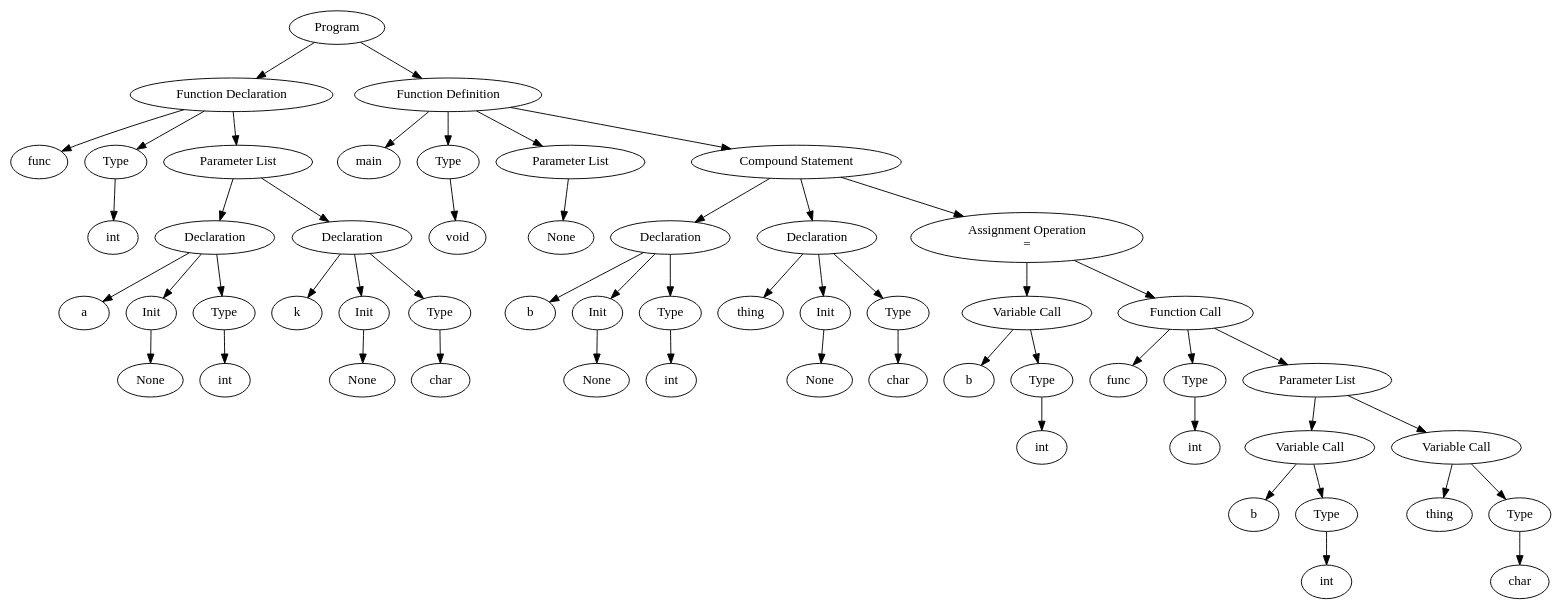
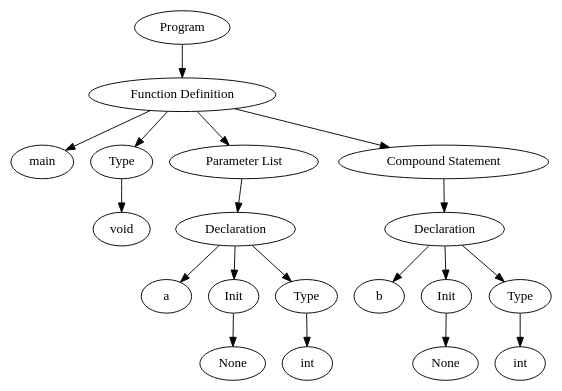
Before and after one commit to ChaseCarthen/CS660-Compiler-Construction: the diagram in graph.dot, drawn with Graphviz. The commit also changed 12 other files, not shown here.

```diff
--- a/graph.dot
+++ b/graph.dot
@@ -1,32 +1,12 @@
 digraph parse_tree {
-{gv100000[label="Program"]}->{gv100016[label="Function Declaration"]}{gv100016[label="Function Declaration"]}->{gv100017[label="func"] gv100001[label="Type"] gv100003[label="Parameter List"]};
-{gv100001[label="Type"]}->{gv100002[label="int"]};
-{gv100003[label="Parameter List"]}->{{gv100005[label="Declaration"]}{gv100011[label="Declaration"]}};
+{gv100000[label="Program"]}->{gv100017[label="Function Definition"]}{gv100017[label="Function Definition"]}->{gv100018[label="main"] gv100001[label="Type"] gv100003[label="Parameter List"] gv100010[label="Compound Statement"]};
+{gv100001[label="Type"]}->{gv100002[label="void"]};
+{gv100003[label="Parameter List"]}->{{gv100005[label="Declaration"]}};
 {gv100005[label="Declaration"]}->{gv100008[label="a"] gv100004[label="Init"] gv100006[label="Type"]};
 {gv100004[label="Init"]}->{gv100009[label="None"]};
 {gv100006[label="Type"]}->{gv100007[label="int"]};
-{gv100011[label="Declaration"]}->{gv100014[label="k"] gv100010[label="Init"] gv100012[label="Type"]};
-{gv100010[label="Init"]}->{gv100015[label="None"]};
-{gv100012[label="Type"]}->{gv100013[label="char"]};
-{gv100000[label="Program"]}->{gv100053[label="Function Definition"]}{gv100053[label="Function Definition"]}->{gv100054[label="main"] gv100018[label="Type"] gv100020[label="Parameter List"] gv100022[label="Compound Statement"]};
-{gv100018[label="Type"]}->{gv100019[label="void"]};
-{gv100020[label="Parameter List"]}->{gv100021[label="None"]};
-{gv100022[label="Compound Statement"]}->{{gv100024[label="Declaration"]} {gv100030[label="Declaration"]} gv100035[label="Assignment Operation
-="]};
-{gv100024[label="Declaration"]}->{gv100027[label="b"] gv100023[label="Init"] gv100025[label="Type"]};
-{gv100023[label="Init"]}->{gv100028[label="None"]};
-{gv100025[label="Type"]}->{gv100026[label="int"]};
-{gv100030[label="Declaration"]}->{gv100033[label="thing"] gv100029[label="Init"] gv100031[label="Type"]};
-{gv100029[label="Init"]}->{gv100034[label="None"]};
-{gv100031[label="Type"]}->{gv100032[label="char"]};
-{gv100035[label="Assignment Operation
-="]}->{gv100036[label="Variable Call"] gv100051[label="Function Call"]}{gv100036[label="Variable Call"]}->{gv100037[label="b"] gv100038[label="Type"]};
-{gv100038[label="Type"]}->{gv100039[label="int"]};
-{gv100051[label="Function Call"]}->{gv100052[label="func"] gv100040[label="Type"] gv100042[label="Parameter List"]};
-{gv100040[label="Type"]}->{gv100041[label="int"]};
-{gv100042[label="Parameter List"]}->{gv100043[label="Variable Call"]gv100047[label="Variable Call"]};
-{gv100043[label="Variable Call"]}->{gv100044[label="b"] gv100045[label="Type"]};
-{gv100045[label="Type"]}->{gv100046[label="int"]};
-{gv100047[label="Variable Call"]}->{gv100048[label="thing"] gv100049[label="Type"]};
-{gv100049[label="Type"]}->{gv100050[label="char"]};
+{gv100010[label="Compound Statement"]}->{{gv100012[label="Declaration"]}};
+{gv100012[label="Declaration"]}->{gv100015[label="b"] gv100011[label="Init"] gv100013[label="Type"]};
+{gv100011[label="Init"]}->{gv100016[label="None"]};
+{gv100013[label="Type"]}->{gv100014[label="int"]};
 }
```
